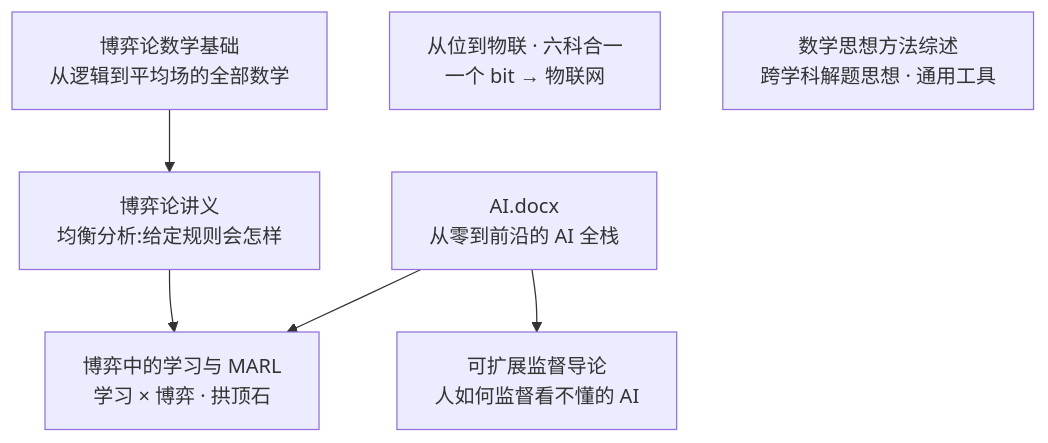
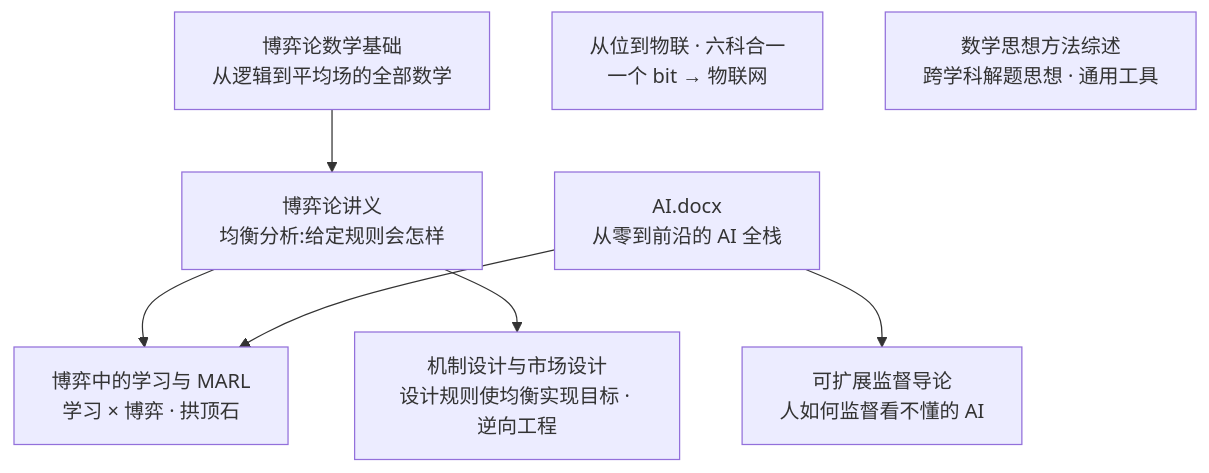
One commit to 2532196351/Library changed the diagram in README.md. Above: the diagram before and after it, drawn with Mermaid. The commit also changed other lines of this file and 1 other file, not shown here.

First line of the commit message:
新增《机制设计与市场设计》——图书馆扩展第2部

````diff
--- a/README.md
+++ b/README.md
@@ -15,9 +15,10 @@
 ```mermaid
 flowchart TD
   M["博弈论数学基础<br/>从逻辑到平均场的全部数学"] --> L["博弈论讲义<br/>均衡分析:给定规则会怎样"]
   L --> G["博弈中的学习与 MARL<br/>学习 × 博弈 · 拱顶石"]
+  L --> MD["机制设计与市场设计<br/>设计规则使均衡实现目标 · 逆向工程"]
   AI["AI.docx<br/>从零到前沿的 AI 全栈"] --> G
   AI --> O["可扩展监督导论<br/>人如何监督看不懂的 AI"]
   SIX["从位到物联 · 六科合一<br/>一个 bit → 物联网"]
   T["数学思想方法综述<br/>跨学科解题思想 · 通用工具"]
 ```
````
